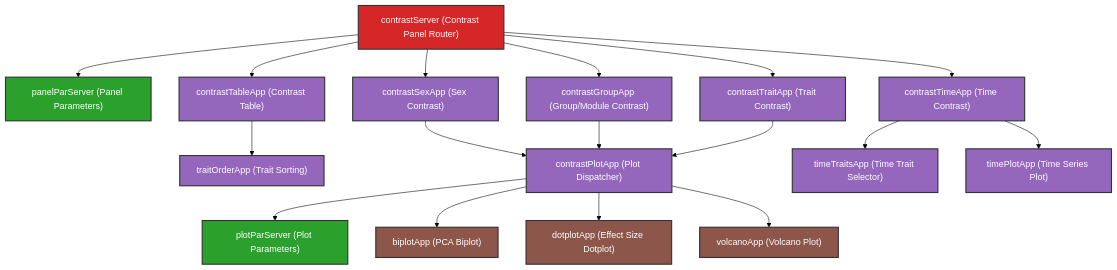
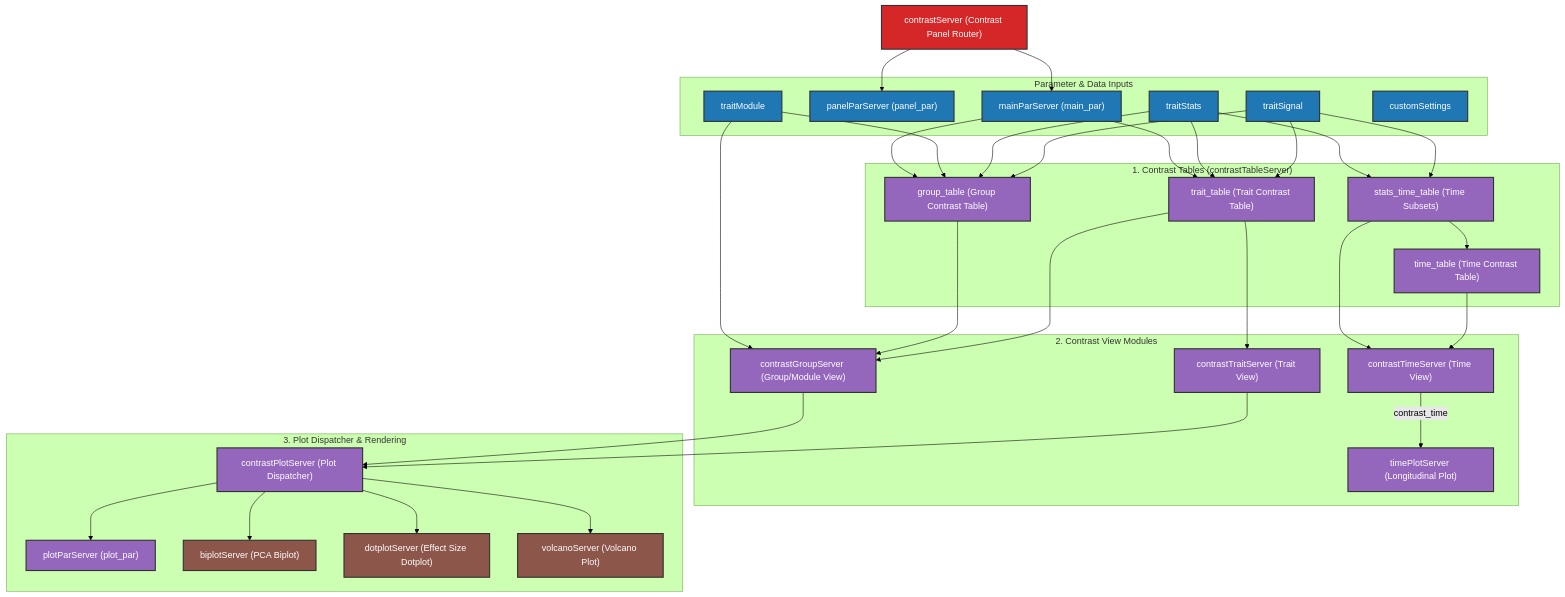
The fifth of 6 diagrams in vignettes/devel_guide/modules.Rmd (byandell-sysgen/foundrShiny), drawn with Mermaid (forest theme) before and after one commit. The commit also changed other lines of this file and 1 other file, not shown here.

Commit message:
update mermaids to follow module flow

````diff
--- a/vignettes/devel_guide/modules.Rmd
+++ b/vignettes/devel_guide/modules.Rmd
@@ -174,50 +228,66 @@
 ```mermaid
 flowchart TD
     contrastServer["contrastServer (Contrast Panel Router)"]
-    panelParServer["panelParServer (Panel Parameters)"]
 
-    contrastTableApp["contrastTableApp (Contrast Table)"]
-    traitOrderApp["traitOrderApp (Trait Sorting)"]
-    contrastSexApp["contrastSexApp (Sex Contrast)"]
-    contrastGroupApp["contrastGroupApp (Group/Module Contrast)"]
-    contrastTimeApp["contrastTimeApp (Time Contrast)"]
-    contrastTraitApp["contrastTraitApp (Trait Contrast)"]
+    subgraph Inputs["Parameter & Data Inputs"]
+        main_par["mainParServer (main_par)"]
+        panel_par["panelParServer (panel_par)"]
+        traitSignal["traitSignal"]
+        traitStats["traitStats"]
+        traitModule["traitModule"]
+        customSettings["customSettings"]
+    end
 
-    contrastPlotApp["contrastPlotApp (Plot Dispatcher)"]
-    timeTraitsApp["timeTraitsApp (Time Trait Selector)"]
-    timePlotApp["timePlotApp (Time Series Plot)"]
-    plotParServer["plotParServer (Plot Parameters)"]
+    subgraph Tables["1. Contrast Tables (contrastTableServer)"]
+        trait_table["trait_table (Trait Contrast Table)"]
+        group_table["group_table (Group Contrast Table)"]
+        stats_time_table["stats_time_table (Time Subsets)"]
+        time_table["time_table (Time Contrast Table)"]
+    end
 
-    biplotApp["biplotApp (PCA Biplot)"]
-    dotplotApp["dotplotApp (Effect Size Dotplot)"]
-    volcanoApp["volcanoApp (Volcano Plot)"]
+    subgraph DisplayModules["2. Contrast View Modules"]
+        contrastTraitApp["contrastTraitServer (Trait View)"]
+        contrastGroupApp["contrastGroupServer (Group/Module View)"]
+        contrastTimeApp["contrastTimeServer (Time View)"]
+        timePlotApp["timePlotServer (Longitudinal Plot)"]
+    end
 
-    contrastServer --> panelParServer
-    contrastServer --> contrastTableApp
-    contrastServer --> contrastSexApp
-    contrastServer --> contrastGroupApp
-    contrastServer --> contrastTimeApp
-    contrastServer --> contrastTraitApp
+    subgraph PlotDispatcher["3. Plot Dispatcher & Rendering"]
+        contrastPlotApp["contrastPlotServer (Plot Dispatcher)"]
+        plot_par["plotParServer (plot_par)"]
+        biplotApp["biplotServer (PCA Biplot)"]
+        dotplotApp["dotplotServer (Effect Size Dotplot)"]
+        volcanoApp["volcanoServer (Volcano Plot)"]
+    end
 
-    contrastTableApp --> traitOrderApp
-    contrastSexApp --> contrastPlotApp
+    contrastServer --> main_par
+    contrastServer --> panel_par
+
+    traitSignal & traitStats & main_par --> trait_table
+    traitSignal & traitStats & traitModule & main_par --> group_table
+    traitSignal & traitStats --> stats_time_table --> time_table
+
+    trait_table --> contrastTraitApp
+    trait_table & group_table & traitModule --> contrastGroupApp
+
+    time_table & stats_time_table --> contrastTimeApp
+    contrastTimeApp -->|"contrast_time"| timePlotApp
+
+    contrastTraitApp --> contrastPlotApp
     contrastGroupApp --> contrastPlotApp
-    contrastTraitApp --> contrastPlotApp
-    contrastTimeApp --> timeTraitsApp
-    contrastTimeApp --> timePlotApp
 
-    contrastPlotApp --> plotParServer
+    contrastPlotApp --> plot_par
     contrastPlotApp --> biplotApp
     contrastPlotApp --> dotplotApp
     contrastPlotApp --> volcanoApp
 
     classDef panel fill:#d62728,stroke:#333,stroke-width:2px,color:#fff
-    classDef param fill:#2ca02c,stroke:#333,stroke-width:2px,color:#fff
+    classDef input fill:#1f77b4,stroke:#333,stroke-width:2px,color:#fff
     classDef submod fill:#9467bd,stroke:#333,stroke-width:2px,color:#fff
     classDef plot fill:#8c564b,stroke:#333,stroke-width:2px,color:#fff
 
     class contrastServer panel
-    class panelParServer,plotParServer param
-    class contrastTableApp,traitOrderApp,contrastSexApp,contrastGroupApp,contrastTimeApp,contrastTraitApp,contrastPlotApp,timeTraitsApp,timePlotApp submod
+    class main_par,panel_par,traitSignal,traitStats,traitModule,customSettings input
+    class trait_table,group_table,stats_time_table,time_table,contrastTraitApp,contrastGroupApp,contrastTimeApp,timePlotApp,contrastPlotApp,plot_par submod
     class biplotApp,dotplotApp,volcanoApp plot
 ```
````
